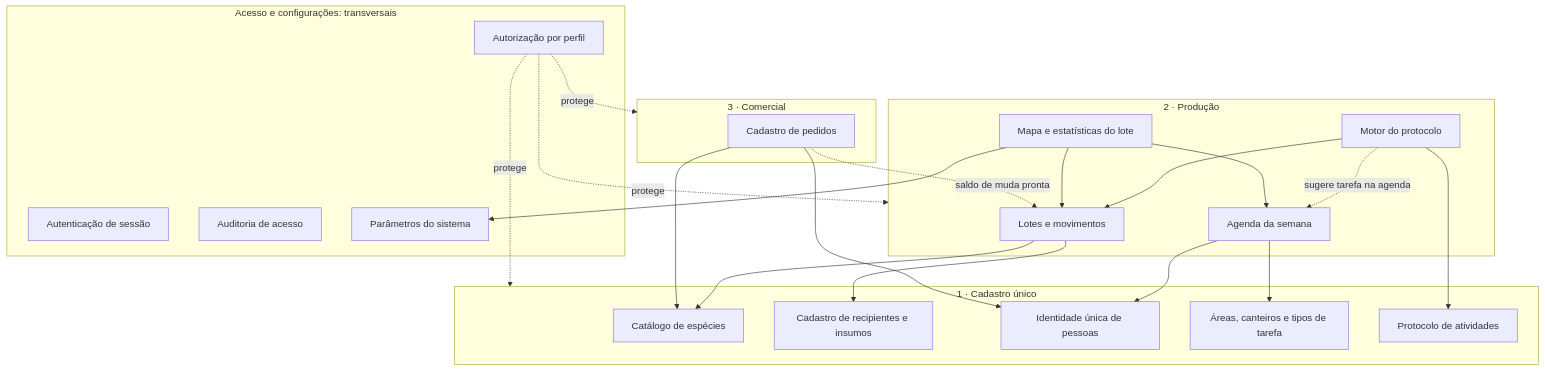
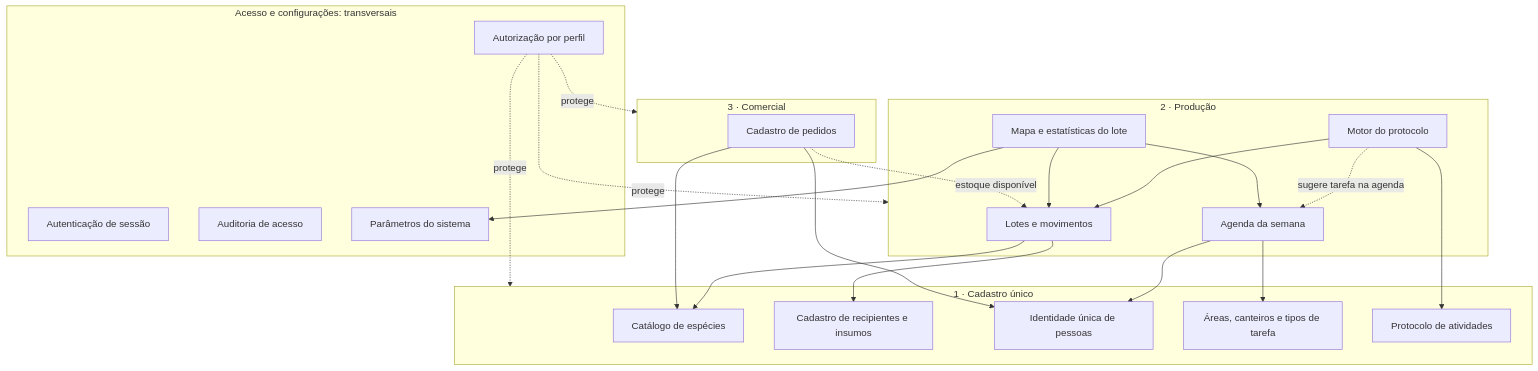
One commit to JoaoMudar/tcc changed the third of 3 diagrams in docs/engenharia/D-arquitetura/D1-arquitetura-c4.md. Above: the diagram before and after it, drawn with Mermaid. The commit also changed other lines of this file and 56 other files, not shown here.

First line of the commit message:
docs: estoque disponível, altura do lote e pedem providência

````diff
--- a/docs/engenharia/D-arquitetura/D1-arquitetura-c4.md
+++ b/docs/engenharia/D-arquitetura/D1-arquitetura-c4.md
@@ -129,46 +129,46 @@
 ```mermaid
 graph TB
   subgraph acesso["Acesso e configurações: transversais"]
     A1["Autenticação de sessão"]
     A2["Autorização por perfil"]
     A3["Auditoria de acesso"]
     A4["Parâmetros do sistema"]
   end
 
   subgraph cadastros["1 · Cadastro único"]
     N1["Catálogo de espécies"]
     N2["Cadastro de recipientes e insumos"]
     N3["Identidade única de pessoas"]
     N4["Áreas, canteiros e tipos de tarefa"]
     N5["Protocolo de atividades"]
   end
 
   subgraph producao["2 · Produção"]
     O1["Agenda da semana"]
     O2["Lotes e movimentos"]
     O3["Motor do protocolo"]
     O4["Mapa e estatísticas do lote"]
   end
 
   subgraph comercial["3 · Comercial"]
     C2["Cadastro de pedidos"]
   end
 
   O1 --> N4
   O2 --> N1
   O2 --> N2
   O3 --> N5
   O3 --> O2
   O3 -.->|"sugere tarefa na agenda"| O1
   O4 --> O2
   O4 --> O1
   O4 --> A4
   O1 --> N3
   C2 --> N3
   C2 --> N1
-  C2 -.->|"saldo de muda pronta"| O2
+  C2 -.->|"estoque disponível"| O2
 
   A2 -.->|"protege"| cadastros
   A2 -.->|"protege"| producao
   A2 -.->|"protege"| comercial
 ```
````
